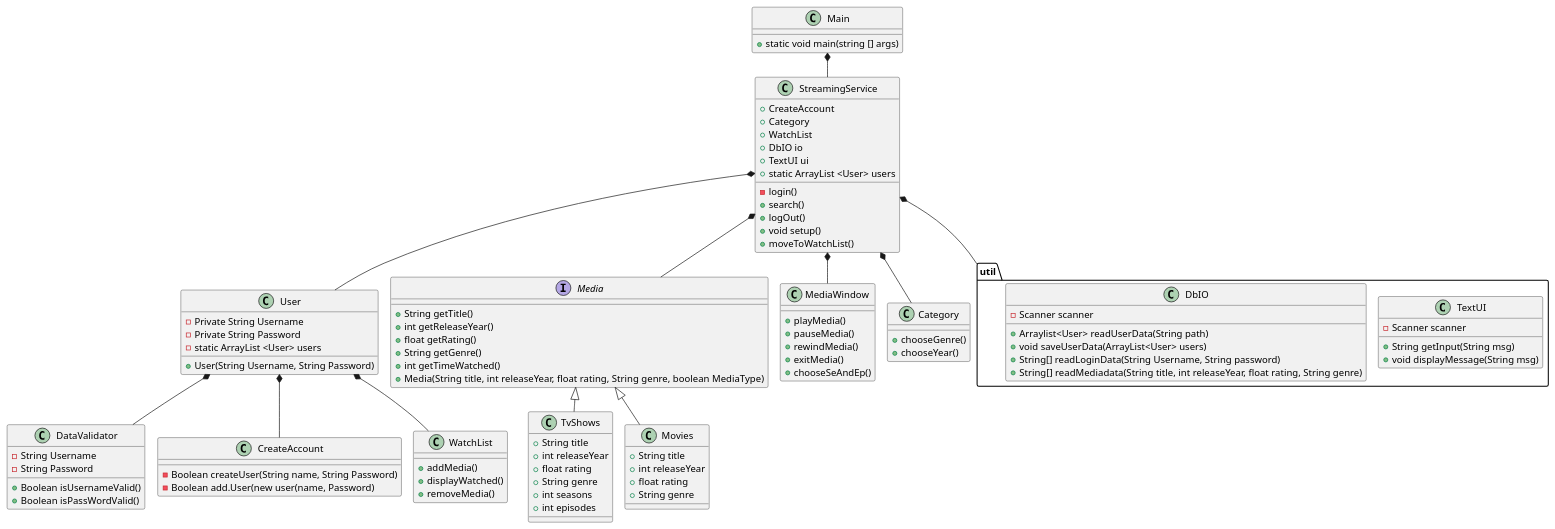
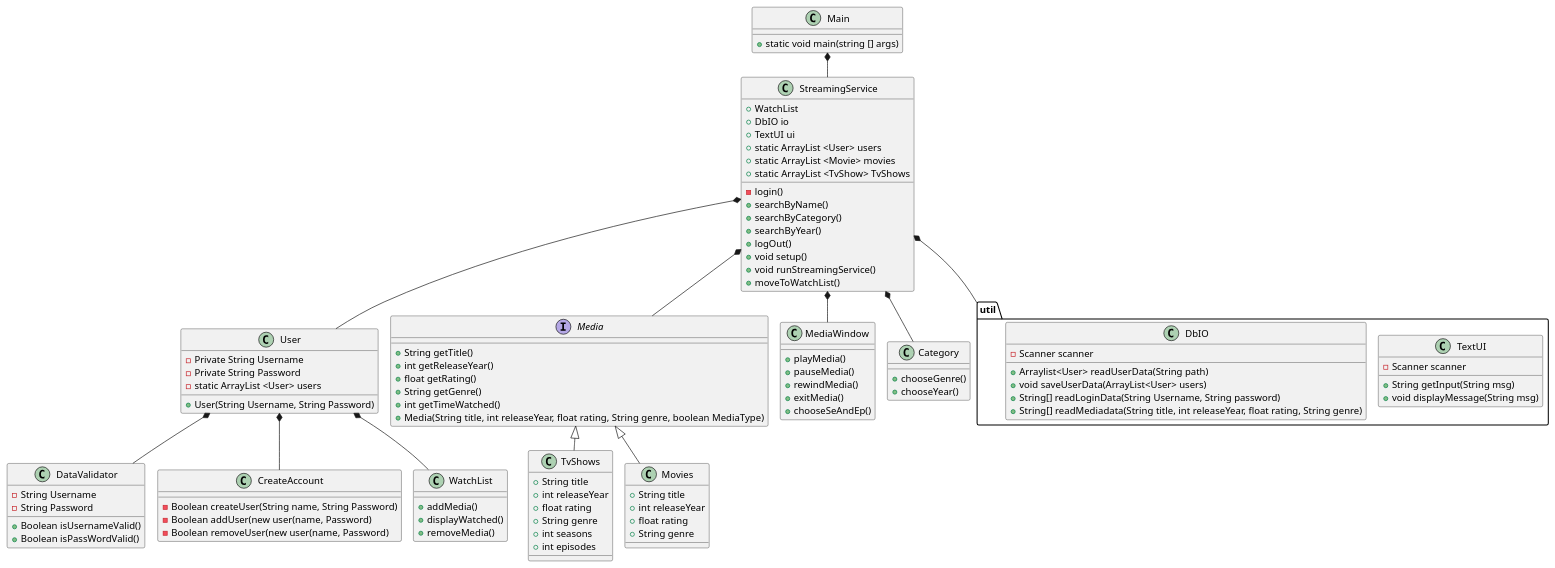
The diagram in doc/static/classdiagram.puml (PatrickPlease/SP3-Chillplease), drawn with PlantUML before and after one commit.

```diff
--- a/doc/static/classdiagram.puml
+++ b/doc/static/classdiagram.puml
@@ -1,116 +1,122 @@
 @startuml
 'Domænemodellen giver nye entity klasser
 'Pakker, model og util
 !pragma layout smetana
 
 class Main
 class User
 class DataValidator
 class CreateAccount
 class WatchList
 interface Media
 class TvShows
 class Movies
 class MediaWindow
 class Category
 class StreamingService
 
 
 package "util"{
        class TextUI
        class DbIO
 }
 
 Main *-- StreamingService
 StreamingService *-- User
 User *-- DataValidator
 User *-- CreateAccount
 User *-- WatchList
 StreamingService *-- Media
 Media <|-- Movies
 Media <|-- TvShows
 StreamingService *-- MediaWindow
 StreamingService *-- util
 StreamingService *-- Category
 
 Main : + static void main(string [] args)
 
-StreamingService : + CreateAccount
-StreamingService : + Category
+
 StreamingService : + WatchList
 StreamingService : + DbIO io
 StreamingService : + TextUI ui
 StreamingService : + static ArrayList <User> users
+StreamingService : + static ArrayList <Movie> movies
+StreamingService : + static ArrayList <TvShow> TvShows
 '---_new-----
 StreamingService : - login()
-StreamingService : + search()
+StreamingService : + searchByName()
+StreamingService : + searchByCategory()
+StreamingService : + searchByYear()
 StreamingService : + logOut()
 StreamingService : + void setup()
+StreamingService : + void runStreamingService()
 StreamingService : + moveToWatchList()
 '-----------
 
 User : - Private String Username
 User : - Private String Password
 User : - static ArrayList <User> users
 '---_new-----
 User : + User(String Username, String Password)
 
 '-----------
 DataValidator : - String Username
 DataValidator : - String Password
 '---_new-----
 DataValidator : + Boolean isUsernameValid()
 DataValidator : + Boolean isPassWordValid()
 '-----------
 
 CreateAccount : - Boolean createUser(String name, String Password)
-CreateAccount : - Boolean add.User(new user(name, Password)
+CreateAccount : - Boolean addUser(new user(name, Password)
+CreateAccount : - Boolean removeUser(new user(name, Password)
+
 
 WatchList : + addMedia()
 WatchList : + displayWatched()
 WatchList : + removeMedia()
 
 
 Media : + String getTitle()
 Media : + int getReleaseYear()
 Media : + float getRating()
 Media : + String getGenre()
 Media : + int getTimeWatched()
 '---_new-----
 Media : + Media(String title, int releaseYear, float rating, String genre, boolean MediaType)
 '-----------
 
 TvShows : + String title
 TvShows : + int releaseYear
 TvShows : + float rating
 TvShows : + String genre
 TvShows : + int seasons
 TvShows : + int episodes
 
 Movies : + String title
 Movies : + int releaseYear
 Movies : + float rating
 Movies : + String genre
 
 MediaWindow : + playMedia()
 MediaWindow : + pauseMedia()
 MediaWindow : + rewindMedia()
 MediaWindow : + exitMedia()
 MediaWindow : + chooseSeAndEp()
 
 Category : + chooseGenre()
 Category : + chooseYear()
 
 DbIO : - Scanner scanner
 '---_new-----
 DbIO : + Arraylist<User> readUserData(String path)
 DbIO : + void saveUserData(ArrayList<User> users)
 DbIO : + String[] readLoginData(String Username, String password)
 DbIO : + String[] readMediadata(String title, int releaseYear, float rating, String genre)
 '-----------
 
 TextUI : + String getInput(String msg)
 TextUI : - Scanner scanner
 TextUI : + void displayMessage(String msg)
 
 @enduml
```
